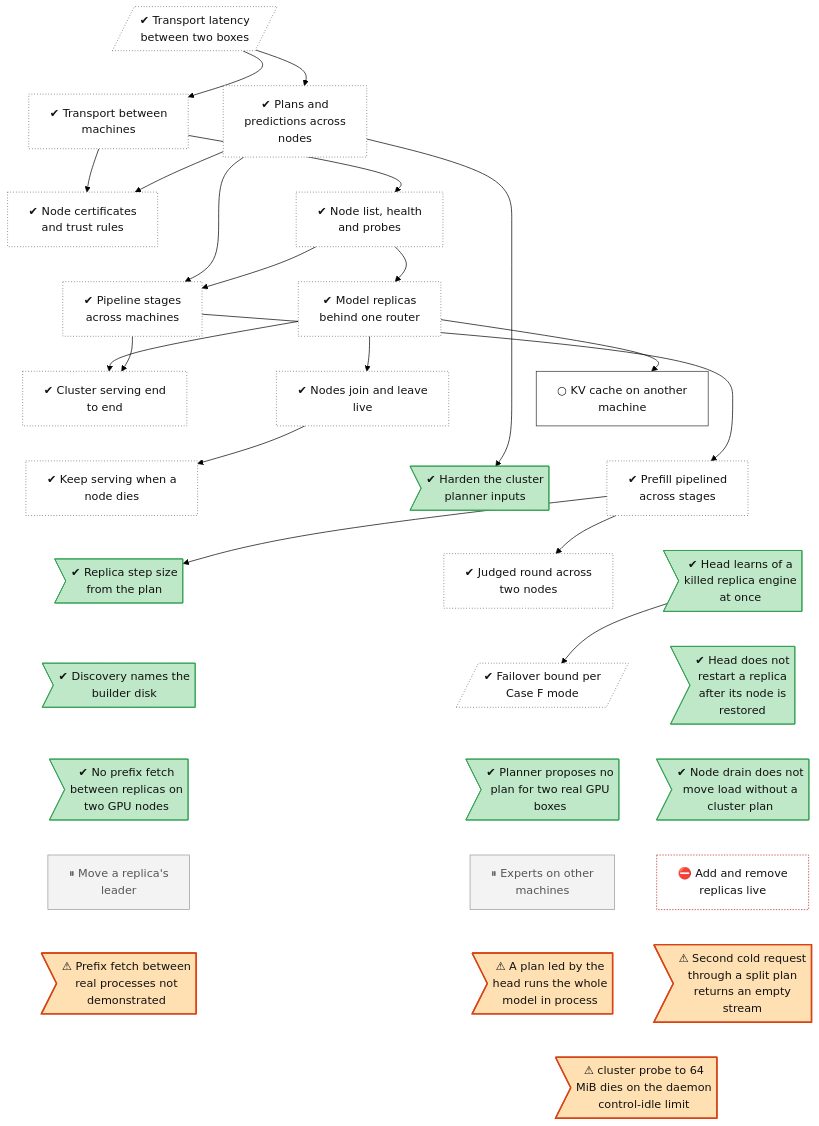
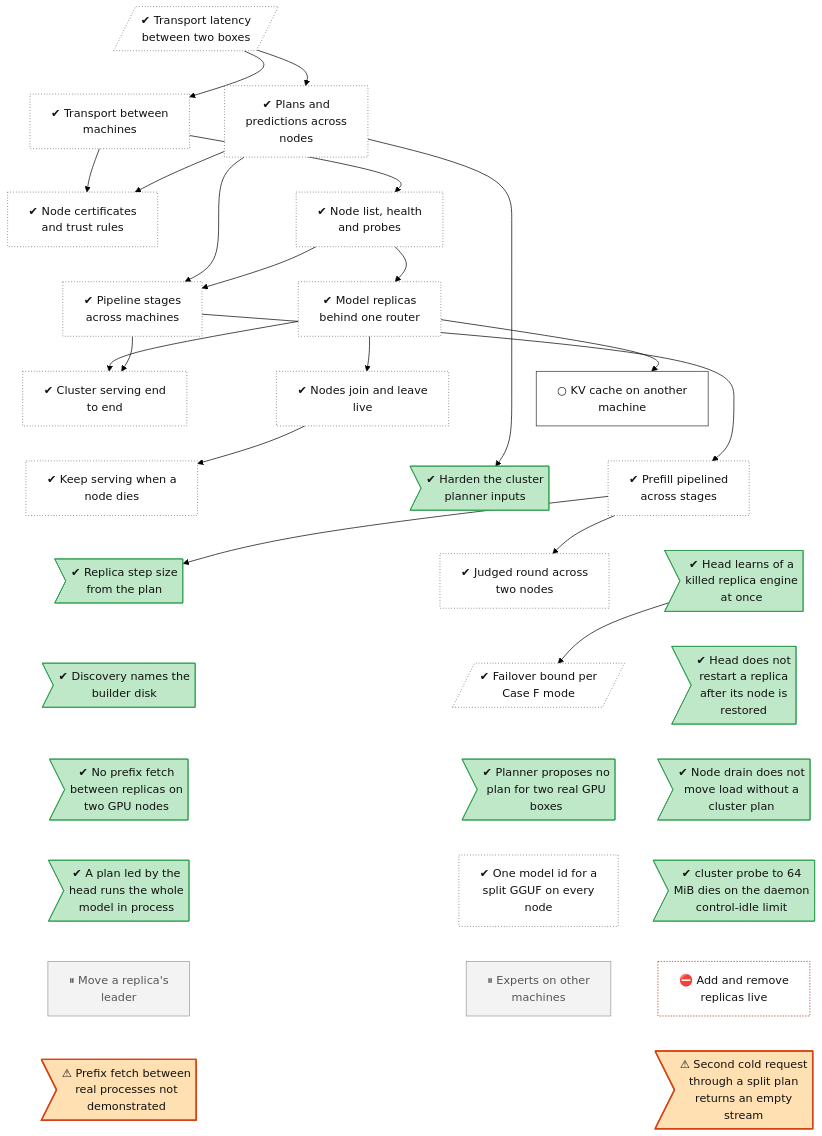
The diagram in docs/roadmap/tracks/cluster.md (lhns/tetraeder), drawn with Mermaid (forest theme) before and after one commit. The commit also changed other lines of this file and 34 other files, not shown here.

````diff
--- a/docs/roadmap/tracks/cluster.md
+++ b/docs/roadmap/tracks/cluster.md
@@ -31,13 +31,14 @@
     cluster_prefix_fetch_not_triggered>"✔ No prefix fetch<br/>between replicas on<br/>two GPU nodes"]
     cluster_plan_source_gpu_segments>"✔ Planner proposes no<br/>plan for two real GPU<br/>boxes"]
     cluster_drain_without_plan>"✔ Node drain does not<br/>move load without a<br/>cluster plan"]
+    cluster_head_led_plan_ignores_segments>"✔ A plan led by the<br/>head runs the whole<br/>model in process"]
+    cluster_sharded_model_id["✔ One model id for a<br/>split GGUF on every<br/>node"]
+    cluster_probe_control_idle>"✔ cluster probe to 64<br/>MiB dies on the daemon<br/>control-idle limit"]
     cluster_leader_move["⏸ Move a replica's<br/>leader"]
     cluster_experts_nodes["⏸ Experts on other<br/>machines"]
     cluster_replica_scaling["⛔ Add and remove<br/>replicas live"]
     cluster_prefix_fetch_not_observed>"⚠ Prefix fetch between<br/>real processes not<br/>demonstrated"]
-    cluster_head_led_plan_ignores_segments>"⚠ A plan led by the<br/>head runs the whole<br/>model in process"]
     cluster_second_cold_request_empty>"⚠ Second cold request<br/>through a split plan<br/>returns an empty<br/>stream"]
-    cluster_probe_control_idle>"⚠ cluster probe to 64<br/>MiB dies on the daemon<br/>control-idle limit"]
     cluster_transport_wan ~~~ cluster_transport
     cluster_transport_wan ~~~ cluster_planner
     cluster_transport ~~~ cluster_mtls
@@ -59,15 +60,15 @@
     cluster_discovery_disk_names ~~~ cluster_prefix_fetch_not_triggered
     cluster_failover_bound ~~~ cluster_plan_source_gpu_segments
     cluster_rejoin_after_restore ~~~ cluster_drain_without_plan
-    cluster_prefix_fetch_not_triggered ~~~ cluster_leader_move
-    cluster_plan_source_gpu_segments ~~~ cluster_experts_nodes
-    cluster_drain_without_plan ~~~ cluster_replica_scaling
+    cluster_prefix_fetch_not_triggered ~~~ cluster_head_led_plan_ignores_segments
+    cluster_plan_source_gpu_segments ~~~ cluster_sharded_model_id
+    cluster_drain_without_plan ~~~ cluster_probe_control_idle
+    cluster_head_led_plan_ignores_segments ~~~ cluster_leader_move
+    cluster_sharded_model_id ~~~ cluster_experts_nodes
+    cluster_probe_control_idle ~~~ cluster_replica_scaling
     cluster_leader_move ~~~ cluster_prefix_fetch_not_observed
-    cluster_experts_nodes ~~~ cluster_head_led_plan_ignores_segments
+    cluster_experts_nodes ~~~ cluster_second_cold_request_empty
     cluster_replica_scaling ~~~ cluster_second_cold_request_empty
-    cluster_prefix_fetch_not_observed ~~~ cluster_probe_control_idle
-    cluster_head_led_plan_ignores_segments ~~~ cluster_probe_control_idle
-    cluster_second_cold_request_empty ~~~ cluster_probe_control_idle
     cluster_transport_wan --> cluster_transport
     cluster_transport_wan --> cluster_planner
     cluster_transport --> cluster_mtls
@@ -100,10 +101,10 @@
     classDef decided fill:#ece0f7,stroke:#7b3fb5,stroke-dasharray:2 2,color:#111
     classDef finding fill:#ffe0b2,stroke:#d84315,stroke-width:2px,color:#111
     classDef waiting fill:#e3f2fd,stroke:#1f6fc5,stroke-dasharray:5 5,color:#111
-    class cluster_transport_wan,cluster_transport,cluster_planner,cluster_mtls,cluster_discovery,cluster_pipeline_nodes,cluster_replicas,cluster_integration,cluster_join_leave,cluster_failover,cluster_pipeline_prefill,cluster_judged_round_cmd,cluster_failover_bound unrated
+    class cluster_transport_wan,cluster_transport,cluster_planner,cluster_mtls,cluster_discovery,cluster_pipeline_nodes,cluster_replicas,cluster_integration,cluster_join_leave,cluster_failover,cluster_pipeline_prefill,cluster_judged_round_cmd,cluster_failover_bound,cluster_sharded_model_id unrated
     class cluster_remote_kv next
-    class cluster_planner_hardening,cluster_step_tokens_from_plan,cluster_mode1_detection,cluster_discovery_disk_names,cluster_rejoin_after_restore,cluster_prefix_fetch_not_triggered,cluster_plan_source_gpu_segments,cluster_drain_without_plan succ
+    class cluster_planner_hardening,cluster_step_tokens_from_plan,cluster_mode1_detection,cluster_discovery_disk_names,cluster_rejoin_after_restore,cluster_prefix_fetch_not_triggered,cluster_plan_source_gpu_segments,cluster_drain_without_plan,cluster_head_led_plan_ignores_segments,cluster_probe_control_idle succ
     class cluster_leader_move,cluster_experts_nodes parked
     class cluster_replica_scaling blocked
-    class cluster_prefix_fetch_not_observed,cluster_head_led_plan_ignores_segments,cluster_second_cold_request_empty,cluster_probe_control_idle finding
+    class cluster_prefix_fetch_not_observed,cluster_second_cold_request_empty finding
 ```
````
